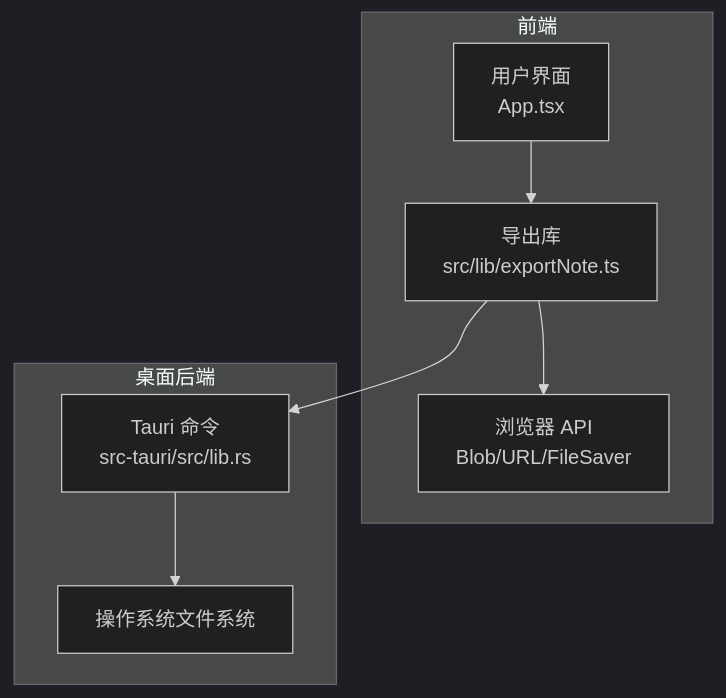
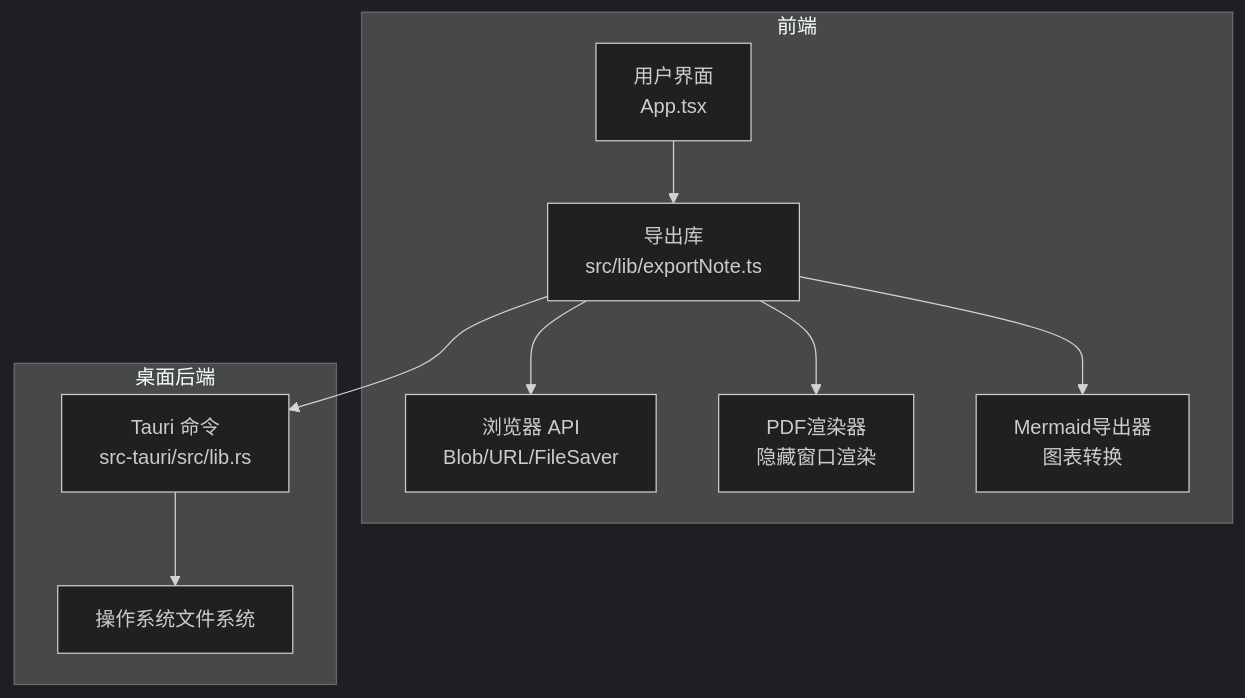
Before and after one commit to gongshiyun/ZenNote: the first of 4 diagrams in .qoder/repowiki/zh/content/核心组件/导出功能.md, drawn with Mermaid (dark theme). The commit also changed other lines of this file and 21 other files, not shown here.

````diff
--- a/.qoder/repowiki/zh/content/核心组件/导出功能.md
+++ b/.qoder/repowiki/zh/content/核心组件/导出功能.md
@@ -43,16 +52,20 @@
 ```mermaid
 graph TB
 UI["用户界面<br/>App.tsx"] --> ExportLib["导出库<br/>src/lib/exportNote.ts"]
 ExportLib --> BrowserAPI["浏览器 API<br/>Blob/URL/FileSaver"]
 ExportLib --> TauriCmd["Tauri 命令<br/>src-tauri/src/lib.rs"]
+ExportLib --> PDFRenderer["PDF渲染器<br/>隐藏窗口渲染"]
+ExportLib --> MermaidExporter["Mermaid导出器<br/>图表转换"]
 TauriCmd --> OSFS["操作系统文件系统"]
 subgraph "前端"
 UI
 ExportLib
 BrowserAPI
+PDFRenderer
+MermaidExporter
 end
 subgraph "桌面后端"
 TauriCmd
 OSFS
 end
 ```
````
